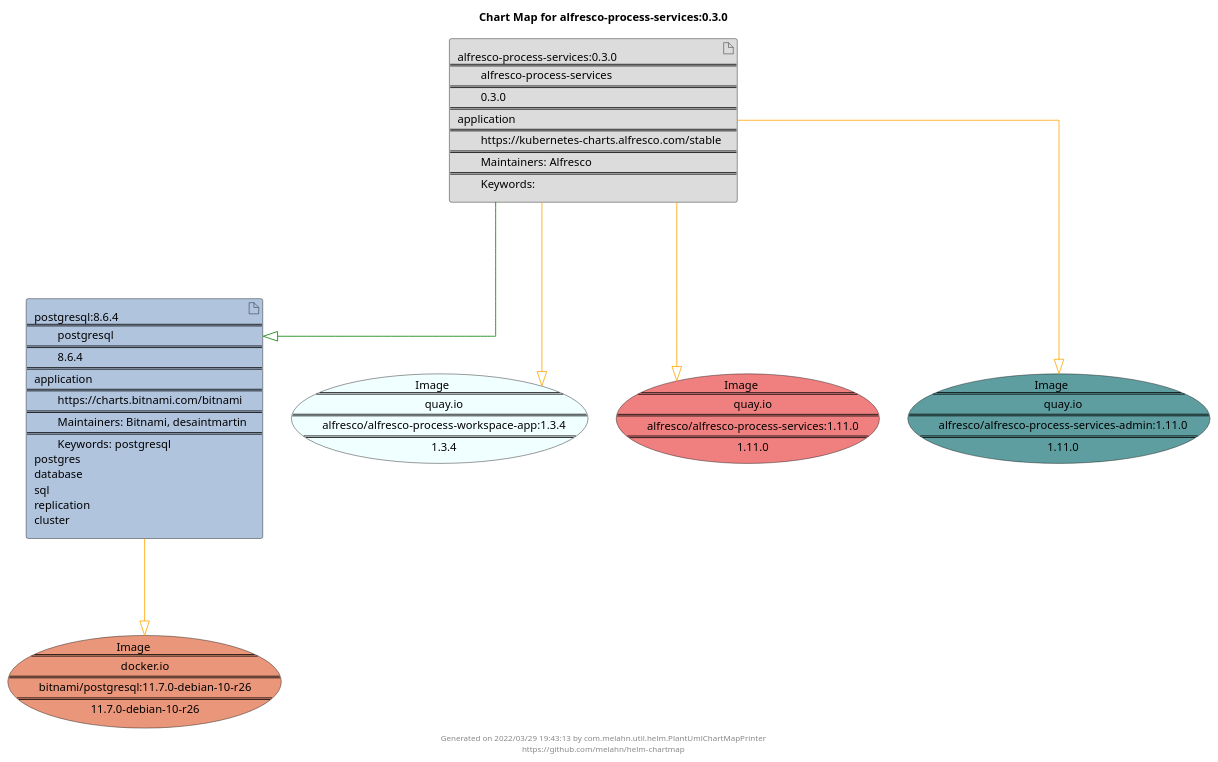
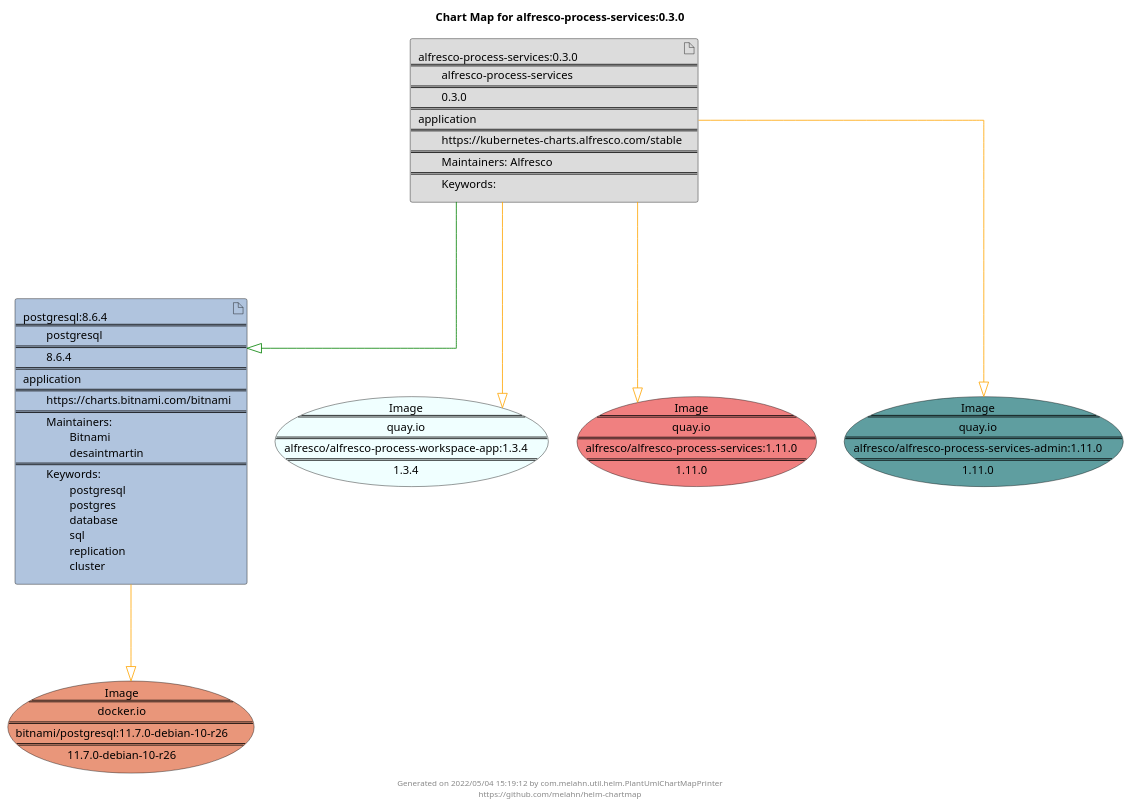
One commit to melahn/helm-chartmap changed the diagram in docs/alfresco-process-services/alfresco-process-services-0.3.0.puml. Above: the diagram before and after it, drawn with PlantUML. The commit also changed 55 other files, not shown here.

Commit message:
Update Example Chart Maps as part of GitHub build

```diff
--- a/docs/alfresco-process-services/alfresco-process-services-0.3.0.puml
+++ b/docs/alfresco-process-services/alfresco-process-services-0.3.0.puml
@@ -1,29 +1,29 @@
 @startuml
 skinparam linetype ortho
 skinparam backgroundColor white
 skinparam usecaseBorderColor black
 skinparam usecaseArrowColor LightSlateGray
 skinparam artifactBorderColor black
 skinparam artifactArrowColor LightSlateGray
 
 title Chart Map for alfresco-process-services:0.3.0
 
 'There are 2 referenced Helm Charts
 artifact "alfresco-process-services:0.3.0\n====\n\talfresco-process-services\n====\n\t0.3.0\n====\napplication\n====\n\thttps://kubernetes-charts.alfresco.com/stable\n====\n\tMaintainers: Alfresco\n====\n\tKeywords: " as alfresco_process_services_0_3_0 #Gainsboro
-artifact "postgresql:8.6.4\n====\n\tpostgresql\n====\n\t8.6.4\n====\napplication\n====\n\thttps://charts.bitnami.com/bitnami\n====\n\tMaintainers: Bitnami, desaintmartin\n====\n\tKeywords: postgresql\npostgres\ndatabase\nsql\nreplication\ncluster" as postgresql_8_6_4 #LightSteelBlue
+artifact "postgresql:8.6.4\n====\n\tpostgresql\n====\n\t8.6.4\n====\napplication\n====\n\thttps://charts.bitnami.com/bitnami\n====\n\tMaintainers: \n\t\tBitnami\n\t\tdesaintmartin\n====\n\tKeywords: \n\t\tpostgresql\n\t\tpostgres\n\t\tdatabase\n\t\tsql\n\t\treplication\n\t\tcluster" as postgresql_8_6_4 #LightSteelBlue
 
 'There are 4 referenced Docker Images
-usecase "Image\n====\n\tquay.io\n====\n\talfresco/alfresco-process-workspace-app:1.3.4\n====\n\t1.3.4" as quay_io_alfresco_alfresco_process_workspace_app_1_3_4 #Azure
-usecase "Image\n====\n\tquay.io\n====\n\talfresco/alfresco-process-services:1.11.0\n====\n\t1.11.0" as quay_io_alfresco_alfresco_process_services_1_11_0 #LightCoral
-usecase "Image\n====\n\tquay.io\n====\n\talfresco/alfresco-process-services-admin:1.11.0\n====\n\t1.11.0" as quay_io_alfresco_alfresco_process_services_admin_1_11_0 #CadetBlue
-usecase "Image\n====\n\tdocker.io\n====\n\tbitnami/postgresql:11.7.0-debian-10-r26\n====\n\t11.7.0-debian-10-r26" as docker_io_bitnami_postgresql_11_7_0_debian_10_r26 #DarkSalmon
+usecase "Image\n====\nquay.io\n====\nalfresco/alfresco-process-workspace-app:1.3.4\n====\n1.3.4" as quay_io_alfresco_alfresco_process_workspace_app_1_3_4 #Azure
+usecase "Image\n====\nquay.io\n====\nalfresco/alfresco-process-services:1.11.0\n====\n1.11.0" as quay_io_alfresco_alfresco_process_services_1_11_0 #LightCoral
+usecase "Image\n====\nquay.io\n====\nalfresco/alfresco-process-services-admin:1.11.0\n====\n1.11.0" as quay_io_alfresco_alfresco_process_services_admin_1_11_0 #CadetBlue
+usecase "Image\n====\ndocker.io\n====\nbitnami/postgresql:11.7.0-debian-10-r26\n====\n11.7.0-debian-10-r26" as docker_io_bitnami_postgresql_11_7_0_debian_10_r26 #DarkSalmon
 
 'Chart Dependencies
 alfresco_process_services_0_3_0--[#green]-|>postgresql_8_6_4
 alfresco_process_services_0_3_0--[#orange]-|>quay_io_alfresco_alfresco_process_services_admin_1_11_0
 alfresco_process_services_0_3_0--[#orange]-|>quay_io_alfresco_alfresco_process_workspace_app_1_3_4
 alfresco_process_services_0_3_0--[#orange]-|>quay_io_alfresco_alfresco_process_services_1_11_0
 postgresql_8_6_4--[#orange]-|>docker_io_bitnami_postgresql_11_7_0_debian_10_r26
 
-center footer Generated on 2022/03/29 19:43:13 by com.melahn.util.helm.PlantUmlChartMapPrinter\nhttps://github.com/melahn/helm-chartmap
+center footer Generated on 2022/05/04 15:19:12 by com.melahn.util.helm.PlantUmlChartMapPrinter\nhttps://github.com/melahn/helm-chartmap
 @enduml
```
